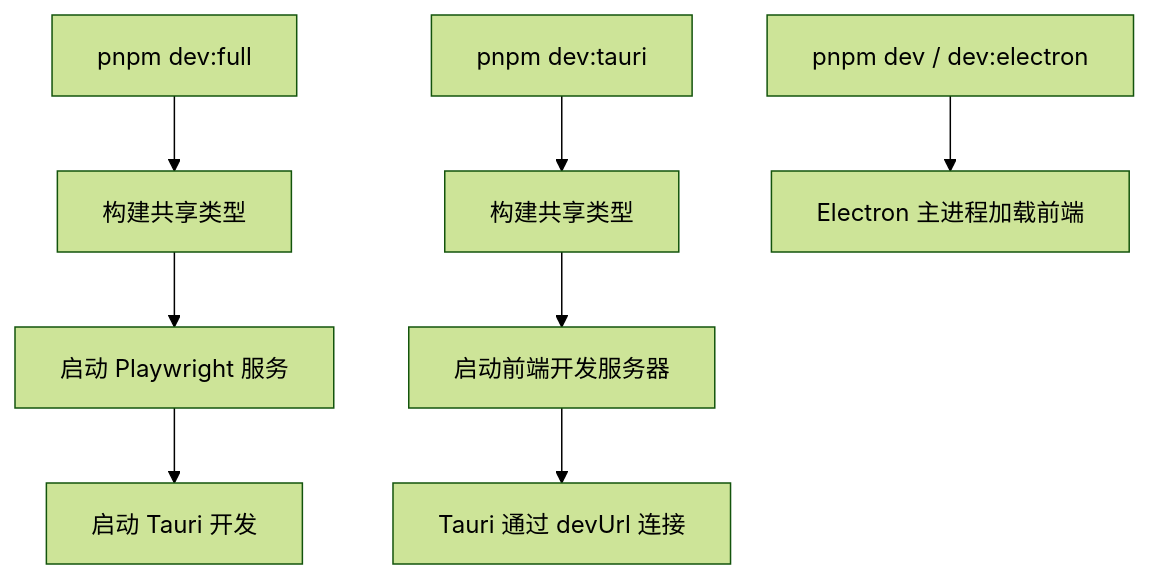
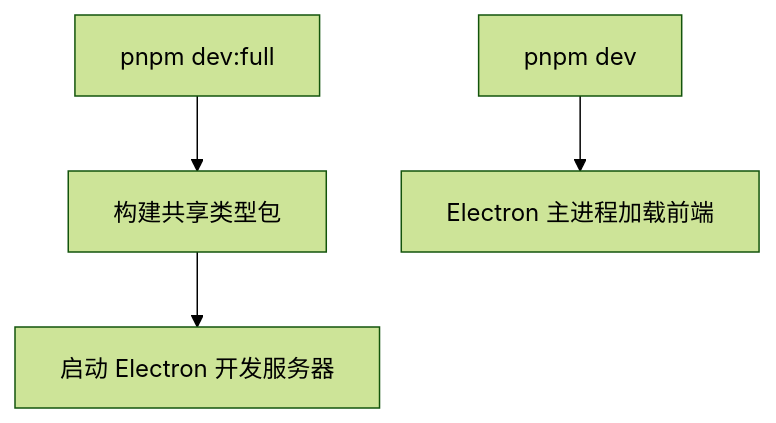
One commit to baike08/cosurf changed the fifth of 6 diagrams in .qoder/repowiki/zh/content/开发指南/开发流程.md. Above: the diagram before and after it, drawn with Mermaid (forest theme). The commit also changed other lines of this file and 15 other files, not shown here.

````diff
--- a/.qoder/repowiki/zh/content/开发指南/开发流程.md
+++ b/.qoder/repowiki/zh/content/开发指南/开发流程.md
@@ -332,10 +251,6 @@
 ```mermaid
 flowchart TD
-A["pnpm dev:full"] --> A1["构建共享类型"]
-A1 --> A2["启动 Playwright 服务"]
-A2 --> A3["启动 Tauri 开发"]
-B["pnpm dev:tauri"] --> B1["构建共享类型"]
-B1 --> B2["启动前端开发服务器"]
-B2 --> B3["Tauri 通过 devUrl 连接"]
-C["pnpm dev / dev:electron"] --> C1["Electron 主进程加载前端"]
+A["pnpm dev:full"] --> A1["构建共享类型包"]
+A1 --> A3["启动 Electron 开发服务器"]
+B["pnpm dev"] --> B1["Electron 主进程加载前端"]
 ```
````
